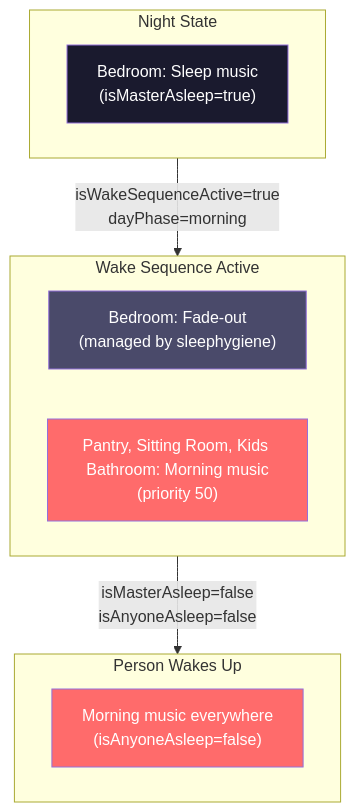
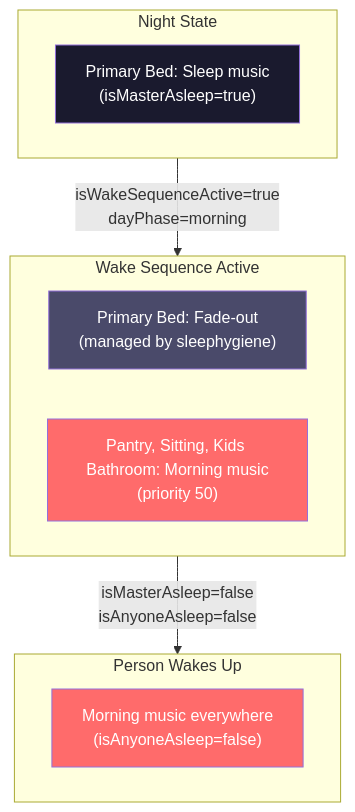
One commit to NickBorgers/home-automation changed the seventh of 7 diagrams in docs/flows/DAY_PHASE_MODES.md. Above: the diagram before and after it, drawn with Mermaid. The commit also changed other lines of this file and 40 other files, not shown here.

````diff
--- a/docs/flows/DAY_PHASE_MODES.md
+++ b/docs/flows/DAY_PHASE_MODES.md
@@ -309,23 +309,23 @@
 ```mermaid
 flowchart TB
     subgraph Initial["Night State"]
-        sleepBed["Bedroom: Sleep music<br/>(isMasterAsleep=true)"]
+        sleepBed["Primary Bed: Sleep music<br/>(isMasterAsleep=true)"]
     end
 
     subgraph WakeSequence["Wake Sequence Active"]
-        fadeBed["Bedroom: Fade-out<br/>(managed by sleephygiene)"]
-        morningRest["Pantry, Sitting Room, Kids Bathroom: Morning music<br/>(priority 50)"]
+        fadeBed["Primary Bed: Fade-out<br/>(managed by sleephygiene)"]
+        morningRest["Pantry, Sitting, Kids Bathroom: Morning music<br/>(priority 50)"]
     end
 
     subgraph FullyAwake["Person Wakes Up"]
         morningAll["Morning music everywhere<br/>(isAnyoneAsleep=false)"]
     end
 
     Initial -->|"isWakeSequenceActive=true<br/>dayPhase=morning"| WakeSequence
     WakeSequence -->|"isMasterAsleep=false<br/>isAnyoneAsleep=false"| FullyAwake
 
     style sleepBed fill:#1a1a2e,color:#fff
     style fadeBed fill:#4a4a6a,color:#fff
     style morningRest fill:#ff6b6b,color:#fff
     style morningAll fill:#ff6b6b,color:#fff
 ```
````
